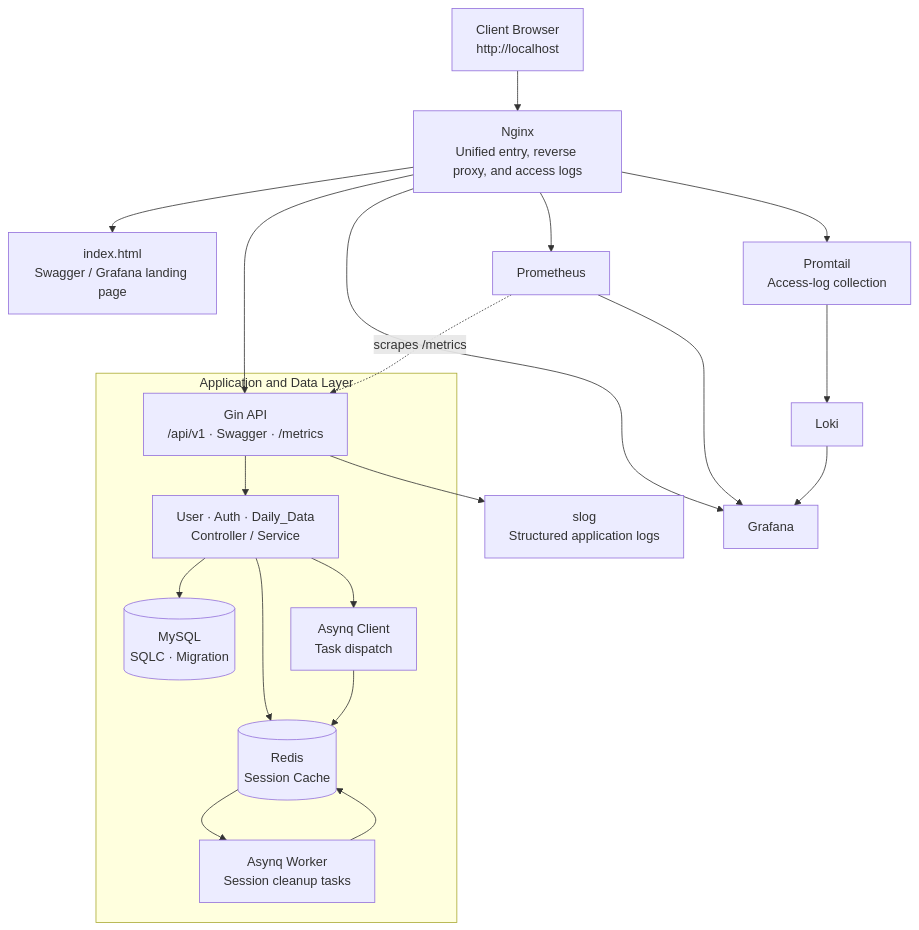
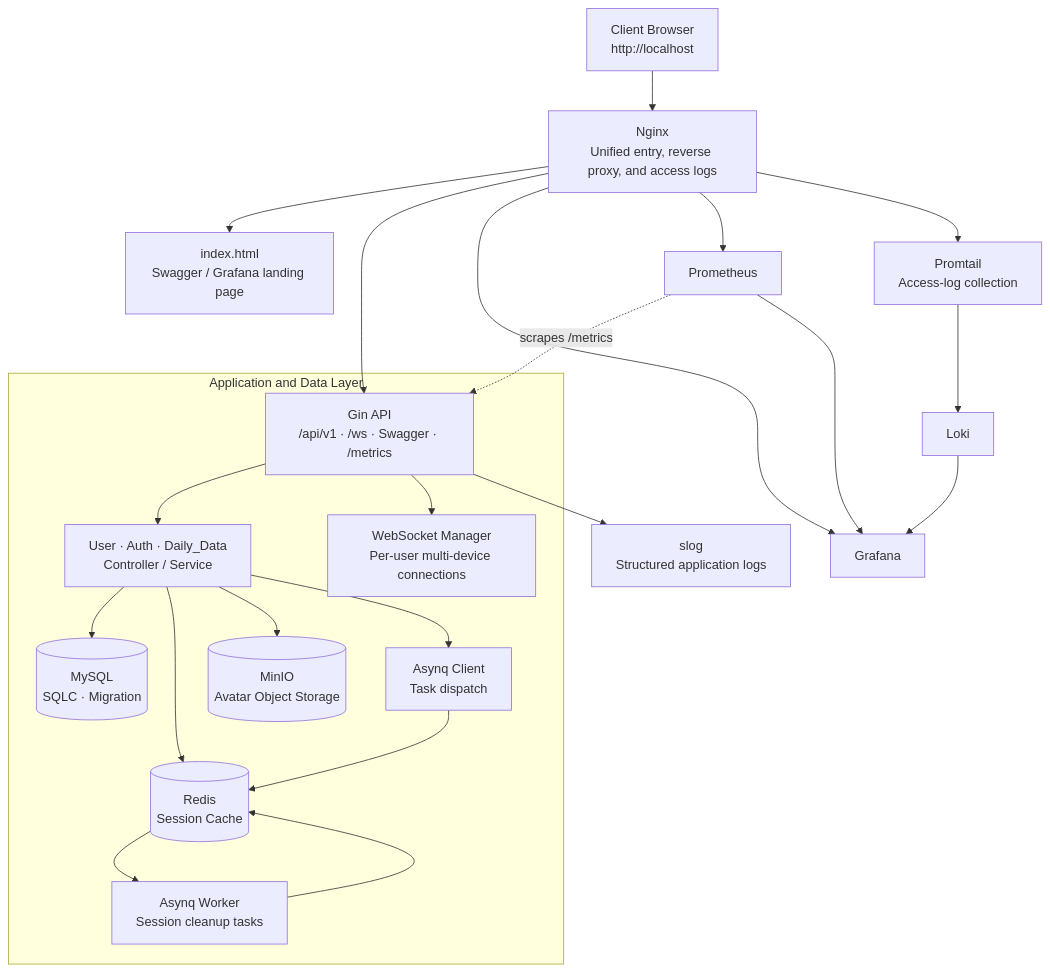
The diagram in README_en.md (raozhaizhu/go-estate), drawn with Mermaid before and after one commit. The commit also changed other lines of this file and 1 other file, not shown here.

````diff
--- a/README_en.md
+++ b/README_en.md
@@ -15,25 +15,27 @@
 ```mermaid
 flowchart TB
     Client["Client Browser\nhttp://localhost"] --> Nginx["Nginx\nUnified entry, reverse proxy, and access logs"]
     Nginx --> Home["index.html\nSwagger / Grafana landing page"]
-    Nginx --> API["Gin API\n/api/v1 · Swagger · /metrics"]
+    Nginx --> API["Gin API\n/api/v1 · /ws · Swagger · /metrics"]
     Nginx --> Grafana["Grafana"]
     Nginx --> Prometheus["Prometheus"]
 
     subgraph Core["Application and Data Layer"]
         API --> Services["User · Auth · Daily_Data\nController / Service"]
         Services --> MySQL[("MySQL\nSQLC · Migration")]
         Services --> Redis[("Redis\nSession Cache")]
+        Services --> MinIO[("MinIO\nAvatar Object Storage")]
+        API --> WS["WebSocket Manager\nPer-user multi-device connections"]
         Services --> AsynqClient["Asynq Client\nTask dispatch"]
         AsynqClient --> Redis
         Redis --> AsynqWorker["Asynq Worker\nSession cleanup tasks"]
         AsynqWorker --> Redis
     end
 
     Prometheus -. "scrapes /metrics" .-> API
     API --> Slog["slog\nStructured application logs"]
     Nginx --> Promtail["Promtail\nAccess-log collection"]
     Promtail --> Loki
     Loki --> Grafana
     Prometheus --> Grafana
 ```
````
